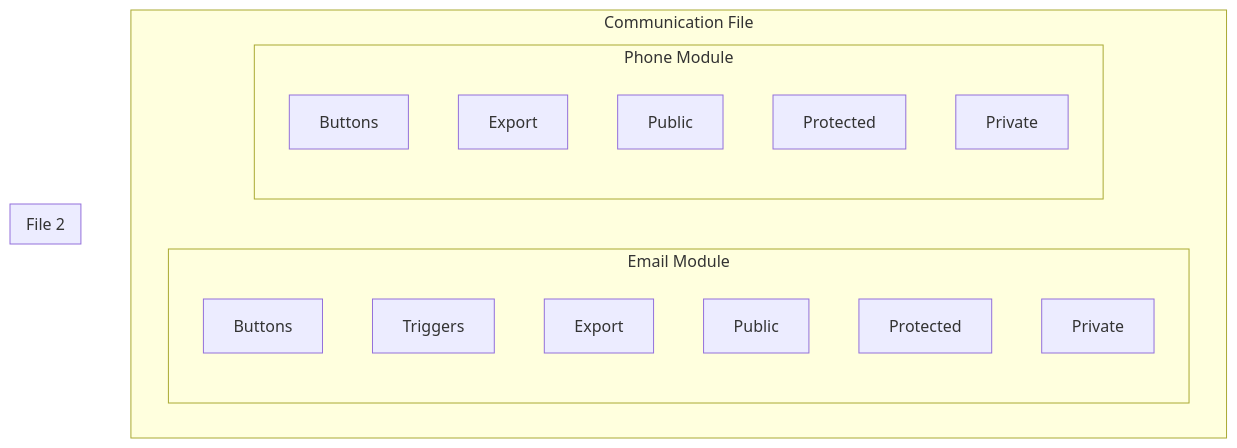
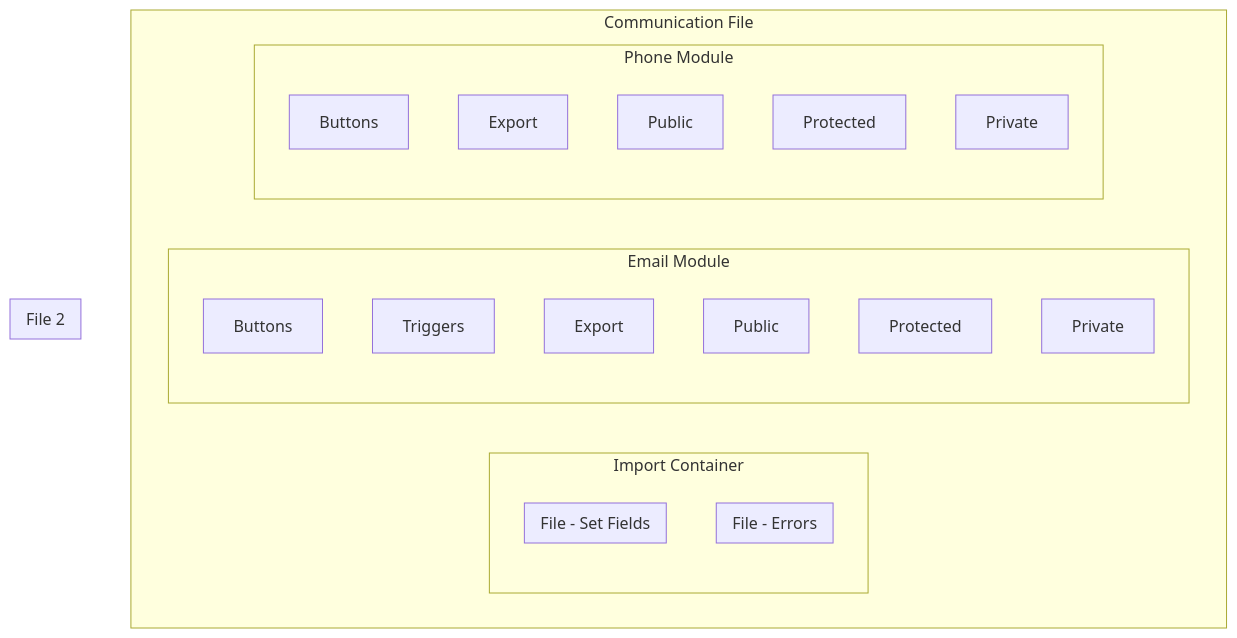
The diagram in Mermaid_Test.md (CloudChi/FX-Framework), drawn with Mermaid before and after one commit.

````diff
--- a/Mermaid_Test.md
+++ b/Mermaid_Test.md
@@ -3,22 +3,30 @@
 ```mermaid
 flowchart TB
   subgraph Communication File
+  subgraph Import Container
+  direction TB
+  subgraph File - Errors
+  end
+  subgraph File - Set Fields
+  end
+  end
   subgraph Email Module
+  direction TB
   A[Buttons]
   B[Triggers]
   C[Export]
   D[Public]
   E[Protected]
   F[Private]
   end
   subgraph Phone Module
   G[Buttons]
   H[Export]
   I[Public]
   J[Protected]
   K[Private]
   end
   end
   subgraph File 2
   end
 ```
````
